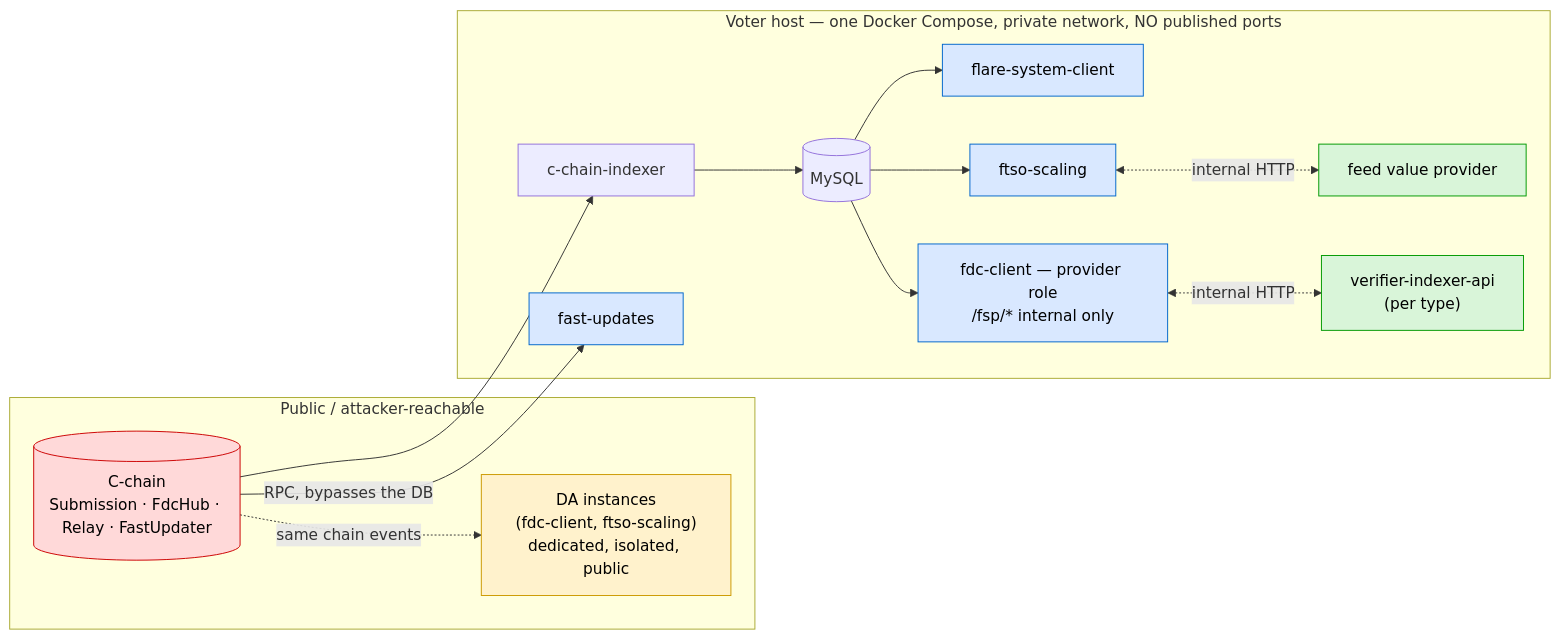
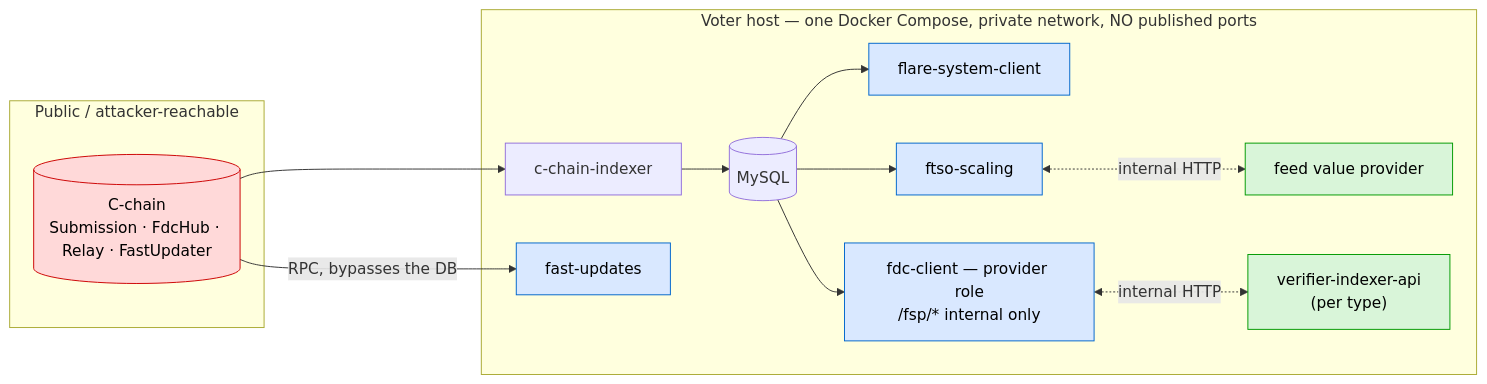
One commit to flare-foundation/flare-specs changed the second of 2 diagrams in src/Security/FspThreatModel.md. Above: the diagram before and after it, drawn with Mermaid. The commit also changed other lines of this file, not shown here.

````diff
--- a/src/Security/FspThreatModel.md
+++ b/src/Security/FspThreatModel.md
@@ -88,26 +88,24 @@
 ```mermaid
 flowchart LR
     subgraph pub["Public / attacker-reachable"]
         CHAIN[("C-chain<br/>Submission · FdcHub · Relay · FastUpdater")]:::att
-        DA["DA instances<br/>(fdc-client, ftso-scaling)<br/>dedicated, isolated, public"]:::semi
     end
 
     subgraph host["Voter host — one Docker Compose, private network, NO published ports"]
         IDX["c-chain-indexer"] --> DB[("MySQL")]
         DB --> FSC["flare-system-client"]:::cli
         DB --> FDCp["fdc-client — provider role<br/>/fsp/* internal only"]:::cli
         DB --> FTSO["ftso-scaling"]:::cli
         FU["fast-updates"]:::cli
         FTSO <-.->|internal HTTP| FVP["feed value provider"]:::trust
         FDCp <-.->|internal HTTP| VER["verifier-indexer-api<br/>(per type)"]:::trust
     end
 
     CHAIN --> IDX
     CHAIN -->|RPC, bypasses the DB| FU
-    CHAIN -. same chain events .-> DA
 
     classDef att fill:#ffd9d9,stroke:#cc0000,color:#000;
     classDef semi fill:#fff2cc,stroke:#cc9900,color:#000;
     classDef cli fill:#d9e8ff,stroke:#0066cc,color:#000;
     classDef trust fill:#d9f5d9,stroke:#009900,color:#000;
 ```
````
